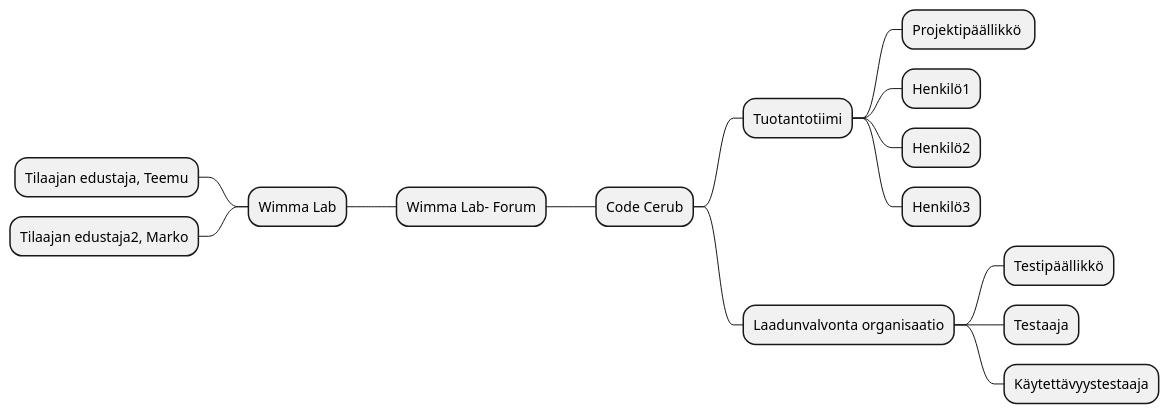
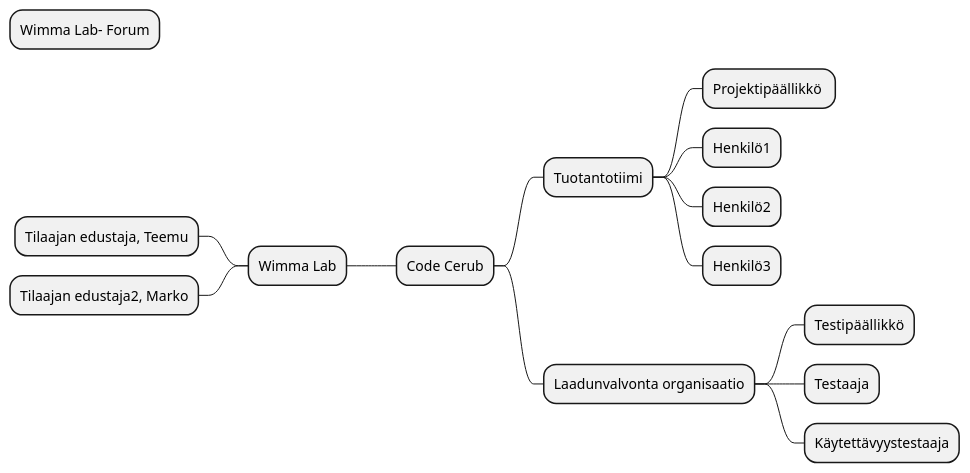
Before and after one commit to ninaleo/S2021-AB5160-core: the third of 4 diagrams in dokumentit/10-Projektihallinta/projektisuunnitelma.md, drawn with PlantUML.

````diff
--- a/dokumentit/10-Projektihallinta/projektisuunnitelma.md
+++ b/dokumentit/10-Projektihallinta/projektisuunnitelma.md
@@ -158,18 +158,18 @@
 ```plantuml
 @startmindmap
 - Wimma Lab- Forum
-++ Code Cerub
-+++ Tuotantotiimi
-++++ Projektipäällikkö 
-++++ Henkilö1
-++++ Henkilö2
-++++ Henkilö3
++ Code Cerub
+++ Tuotantotiimi
++++ Projektipäällikkö 
++++ Henkilö1
++++ Henkilö2
++++ Henkilö3
 -- Wimma Lab
 --- Tilaajan edustaja, Teemu
-+++ Laadunvalvonta organisaatio
-++++ Testipäällikkö
-++++ Testaaja
-++++ Käytettävyystestaaja
+++ Laadunvalvonta organisaatio
++++ Testipäällikkö
++++ Testaaja
++++ Käytettävyystestaaja
 --- Tilaajan edustaja2, Marko
 @endmindmap
 ```
````
